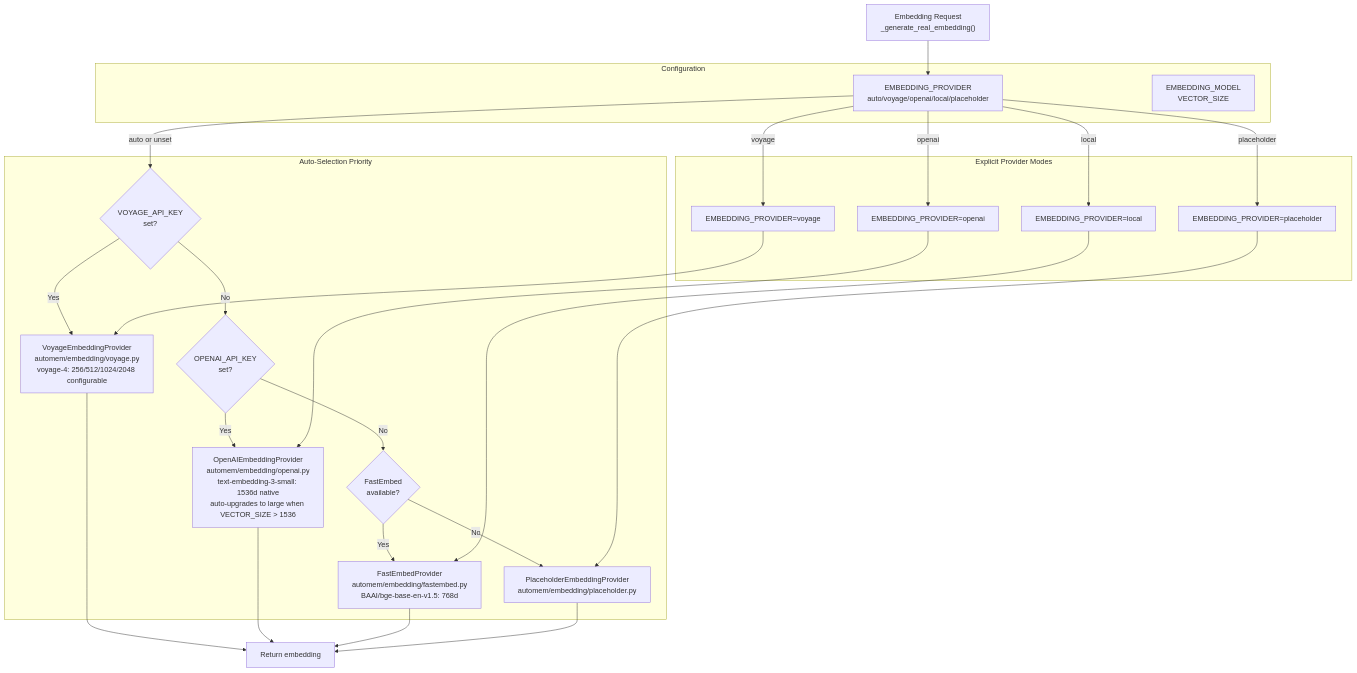
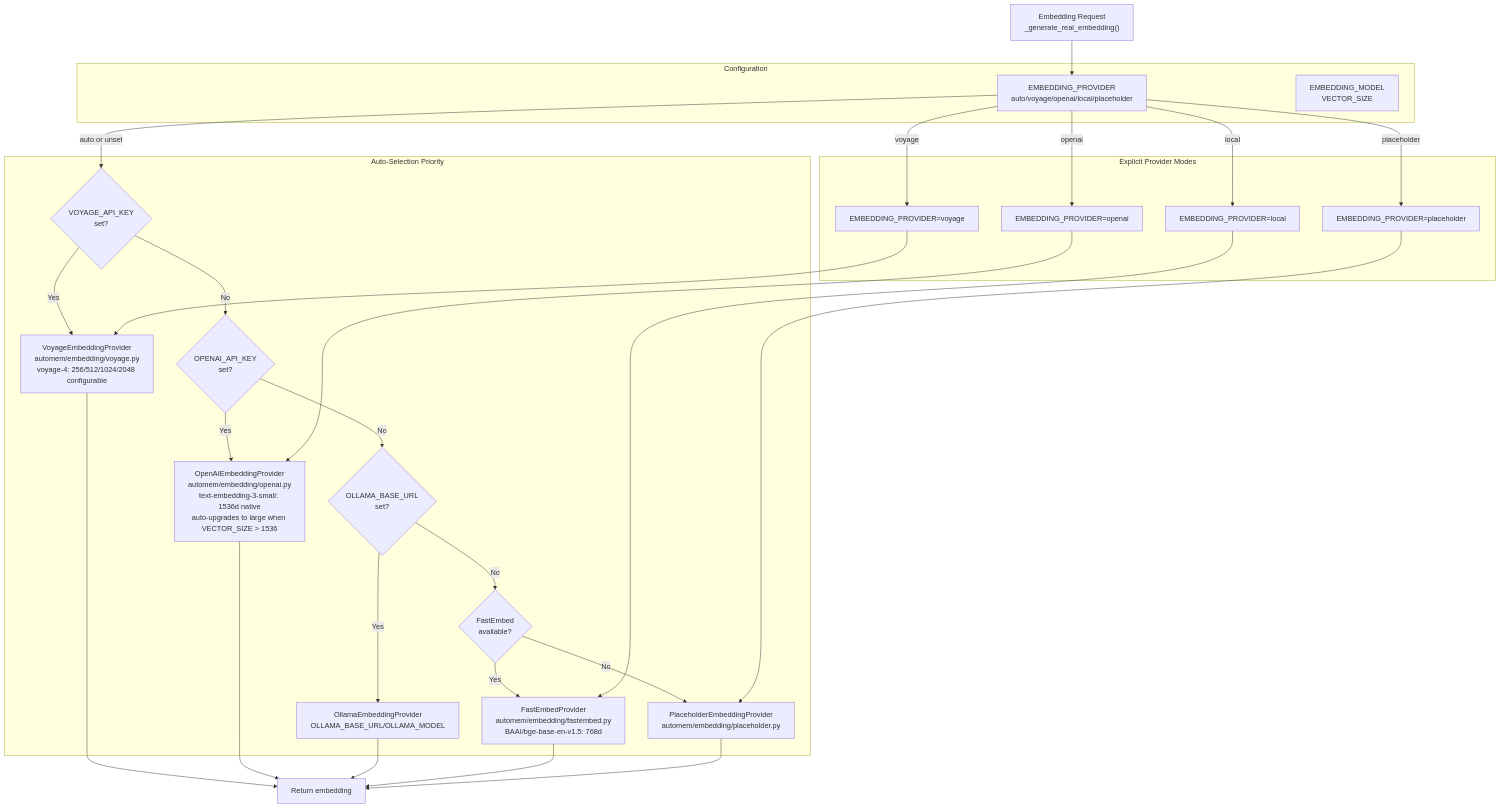
The sixth of 6 diagrams in src/content/docs/docs/overview.md (verygoodplugins/automem-website), drawn with Mermaid before and after one commit. The commit also changed other lines of this file, not shown here.

````diff
--- a/src/content/docs/docs/overview.md
+++ b/src/content/docs/docs/overview.md
@@ -400,52 +400,57 @@
 ```mermaid
 graph TB
     Start["Embedding Request<br/>_generate_real_embedding()"]
 
     subgraph config["Configuration"]
         EnvProvider["EMBEDDING_PROVIDER<br/>auto/voyage/openai/local/placeholder"]
         EnvModel["EMBEDDING_MODEL<br/>VECTOR_SIZE"]
     end
 
     subgraph auto_select["Auto-Selection Priority"]
         CheckVoyage{"VOYAGE_API_KEY<br/>set?"}
         CheckOpenAI{"OPENAI_API_KEY<br/>set?"}
+        CheckOllama{"OLLAMA_BASE_URL<br/>set?"}
         CheckFastEmbed{"FastEmbed<br/>available?"}
         UsePlaceholder["PlaceholderEmbeddingProvider<br/>automem/embedding/placeholder.py"]
 
         Voyage["VoyageEmbeddingProvider<br/>automem/embedding/voyage.py<br/>voyage-4: 256/512/1024/2048 configurable"]
         OpenAI["OpenAIEmbeddingProvider<br/>automem/embedding/openai.py<br/>text-embedding-3-small: 1536d native<br/>auto-upgrades to large when VECTOR_SIZE > 1536"]
+        Ollama["OllamaEmbeddingProvider<br/>OLLAMA_BASE_URL/OLLAMA_MODEL"]
         FastEmbed["FastEmbedProvider<br/>automem/embedding/fastembed.py<br/>BAAI/bge-base-en-v1.5: 768d"]
     end
 
     subgraph explicit["Explicit Provider Modes"]
         ForceVoyage["EMBEDDING_PROVIDER=voyage"]
         ForceOpenAI["EMBEDDING_PROVIDER=openai"]
         ForceLocal["EMBEDDING_PROVIDER=local"]
         ForcePlaceholder["EMBEDDING_PROVIDER=placeholder"]
     end
 
     Start --> EnvProvider
 
     EnvProvider -->|"auto or unset"| CheckVoyage
     EnvProvider -->|"voyage"| ForceVoyage
     EnvProvider -->|"openai"| ForceOpenAI
     EnvProvider -->|"local"| ForceLocal
     EnvProvider -->|"placeholder"| ForcePlaceholder
 
     CheckVoyage -->|"Yes"| Voyage
     CheckVoyage -->|"No"| CheckOpenAI
     CheckOpenAI -->|"Yes"| OpenAI
-    CheckOpenAI -->|"No"| CheckFastEmbed
+    CheckOpenAI -->|"No"| CheckOllama
+    CheckOllama -->|"Yes"| Ollama
+    CheckOllama -->|"No"| CheckFastEmbed
     CheckFastEmbed -->|"Yes"| FastEmbed
     CheckFastEmbed -->|"No"| UsePlaceholder
 
     ForceVoyage --> Voyage
     ForceOpenAI --> OpenAI
     ForceLocal --> FastEmbed
     ForcePlaceholder --> UsePlaceholder
 
     Voyage --> Result["Return embedding"]
     OpenAI --> Result
+    Ollama --> Result
     FastEmbed --> Result
     UsePlaceholder --> Result
 ```
````
